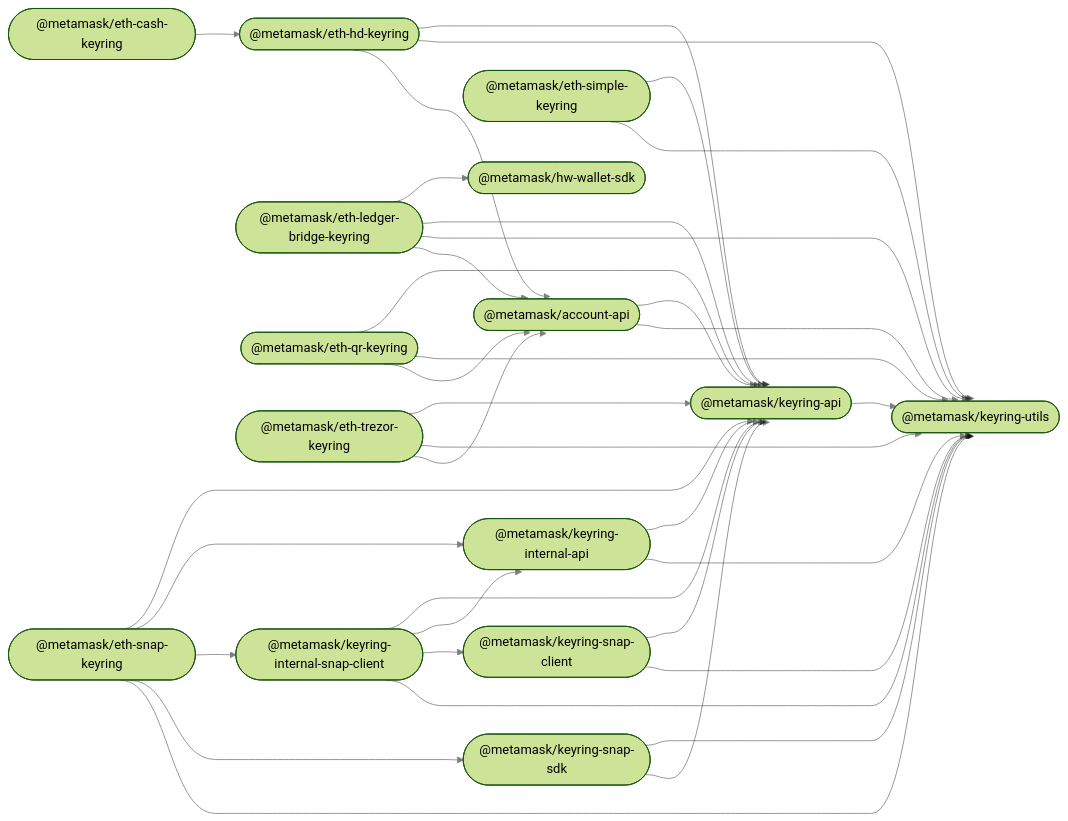
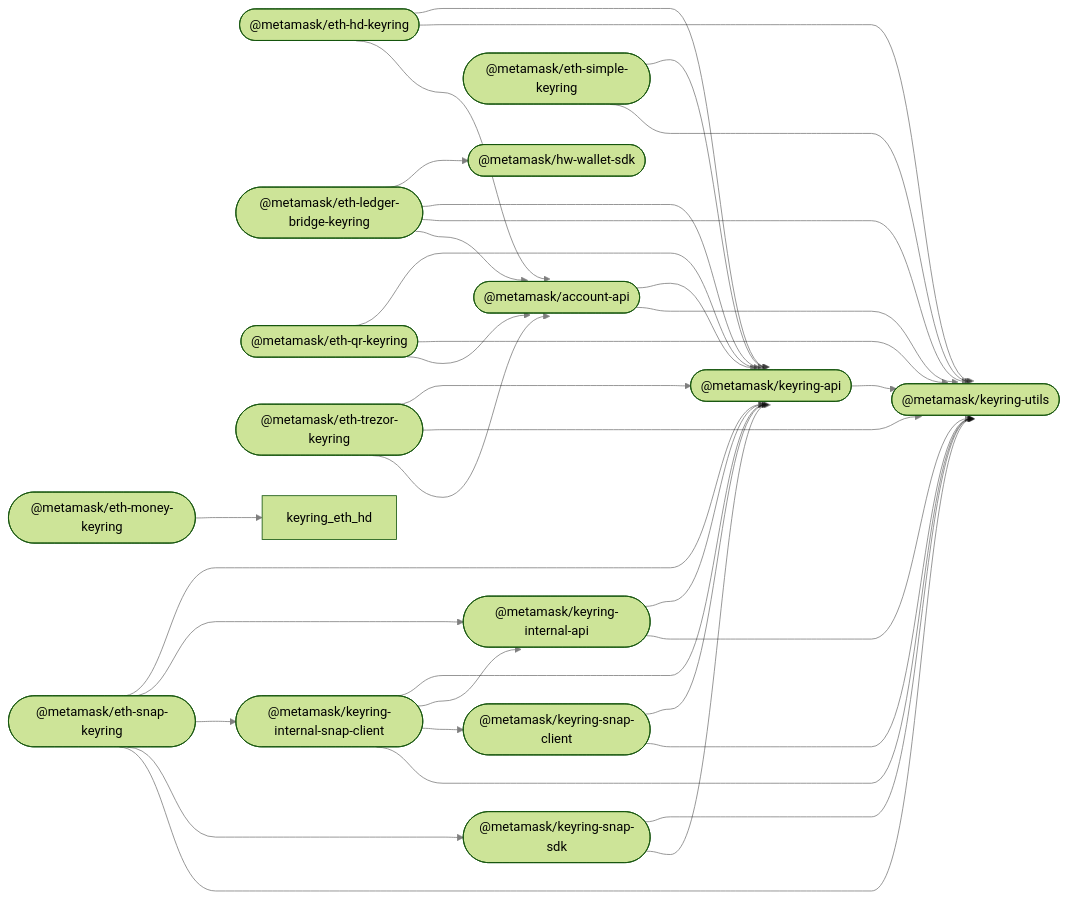
The diagram in README.md (MetaMask/accounts), drawn with Mermaid (forest theme) before and after one commit. The commit also changed other lines of this file and 18 other files, not shown here.

Commit message:
chore: rename cash to money

````diff
--- a/README.md
+++ b/README.md
@@ -37,54 +37,54 @@
 ```mermaid
 %%{ init: { 'flowchart': { 'curve': 'bumpX' } } }%%
 graph LR;
 linkStyle default opacity:0.5
   account_api(["@metamask/account-api"]);
   hw_wallet_sdk(["@metamask/hw-wallet-sdk"]);
   keyring_api(["@metamask/keyring-api"]);
-  eth_cash_keyring(["@metamask/eth-cash-keyring"]);
   eth_hd_keyring(["@metamask/eth-hd-keyring"]);
   eth_ledger_bridge_keyring(["@metamask/eth-ledger-bridge-keyring"]);
+  eth_money_keyring(["@metamask/eth-money-keyring"]);
   eth_qr_keyring(["@metamask/eth-qr-keyring"]);
   eth_simple_keyring(["@metamask/eth-simple-keyring"]);
   eth_trezor_keyring(["@metamask/eth-trezor-keyring"]);
   keyring_internal_api(["@metamask/keyring-internal-api"]);
   keyring_internal_snap_client(["@metamask/keyring-internal-snap-client"]);
   eth_snap_keyring(["@metamask/eth-snap-keyring"]);
   keyring_snap_client(["@metamask/keyring-snap-client"]);
   keyring_snap_sdk(["@metamask/keyring-snap-sdk"]);
   keyring_utils(["@metamask/keyring-utils"]);
   account_api --> keyring_api;
   account_api --> keyring_utils;
   keyring_api --> keyring_utils;
-  eth_cash_keyring --> eth_hd_keyring;
   eth_hd_keyring --> keyring_api;
   eth_hd_keyring --> keyring_utils;
   eth_hd_keyring --> account_api;
   eth_ledger_bridge_keyring --> hw_wallet_sdk;
   eth_ledger_bridge_keyring --> keyring_api;
   eth_ledger_bridge_keyring --> keyring_utils;
   eth_ledger_bridge_keyring --> account_api;
+  eth_money_keyring --> keyring_eth_hd;
   eth_qr_keyring --> keyring_api;
   eth_qr_keyring --> keyring_utils;
   eth_qr_keyring --> account_api;
   eth_simple_keyring --> keyring_api;
   eth_simple_keyring --> keyring_utils;
   eth_trezor_keyring --> keyring_api;
   eth_trezor_keyring --> keyring_utils;
   eth_trezor_keyring --> account_api;
   keyring_internal_api --> keyring_api;
   keyring_internal_api --> keyring_utils;
   keyring_internal_snap_client --> keyring_api;
   keyring_internal_snap_client --> keyring_internal_api;
   keyring_internal_snap_client --> keyring_snap_client;
   keyring_internal_snap_client --> keyring_utils;
   eth_snap_keyring --> keyring_api;
   eth_snap_keyring --> keyring_internal_api;
   eth_snap_keyring --> keyring_internal_snap_client;
   eth_snap_keyring --> keyring_snap_sdk;
   eth_snap_keyring --> keyring_utils;
   keyring_snap_client --> keyring_api;
   keyring_snap_client --> keyring_utils;
   keyring_snap_sdk --> keyring_utils;
   keyring_snap_sdk --> keyring_api;
 ```
````
